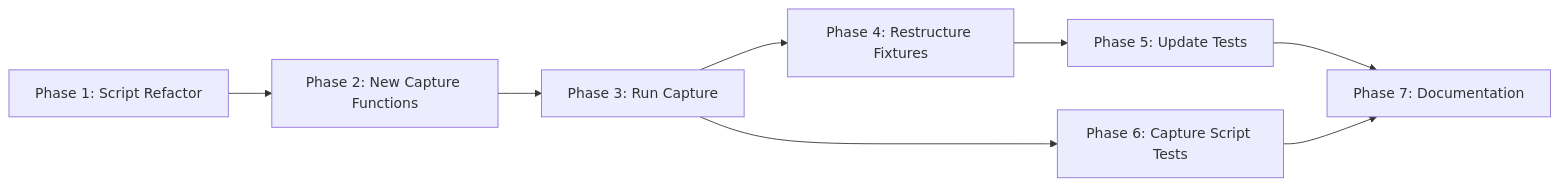
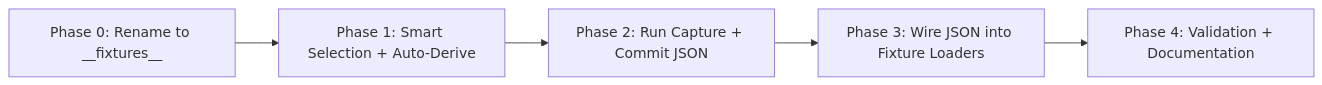
One commit to hoonsubin/github-projects-mcp-server changed the second of 2 diagrams in tasks/FIXTURE_CAPTURE_REFACTORING.md. Above: the diagram before and after it, drawn with Mermaid. The commit also changed other lines of this file and 114 other files, not shown here.

Commit message:
wip test fixture capture script

````diff
--- a/tasks/FIXTURE_CAPTURE_REFACTORING.md
+++ b/tasks/FIXTURE_CAPTURE_REFACTORING.md
@@ -516,10 +353,7 @@
 ```mermaid
 flowchart LR
-    P1[Phase 1: Script Refactor] --> P2[Phase 2: New Capture Functions]
-    P2 --> P3[Phase 3: Run Capture]
-    P3 --> P4[Phase 4: Restructure Fixtures]
-    P4 --> P5[Phase 5: Update Tests]
-    P3 --> P6[Phase 6: Capture Script Tests]
-    P5 --> P7[Phase 7: Documentation]
-    P6 --> P7
+    P0[Phase 0: Rename to __fixtures__] --> P1[Phase 1: Smart Selection + Auto-Derive]
+    P1 --> P2[Phase 2: Run Capture + Commit JSON]
+    P2 --> P3[Phase 3: Wire JSON into Fixture Loaders]
+    P3 --> P4[Phase 4: Validation + Documentation]
 ```
````
